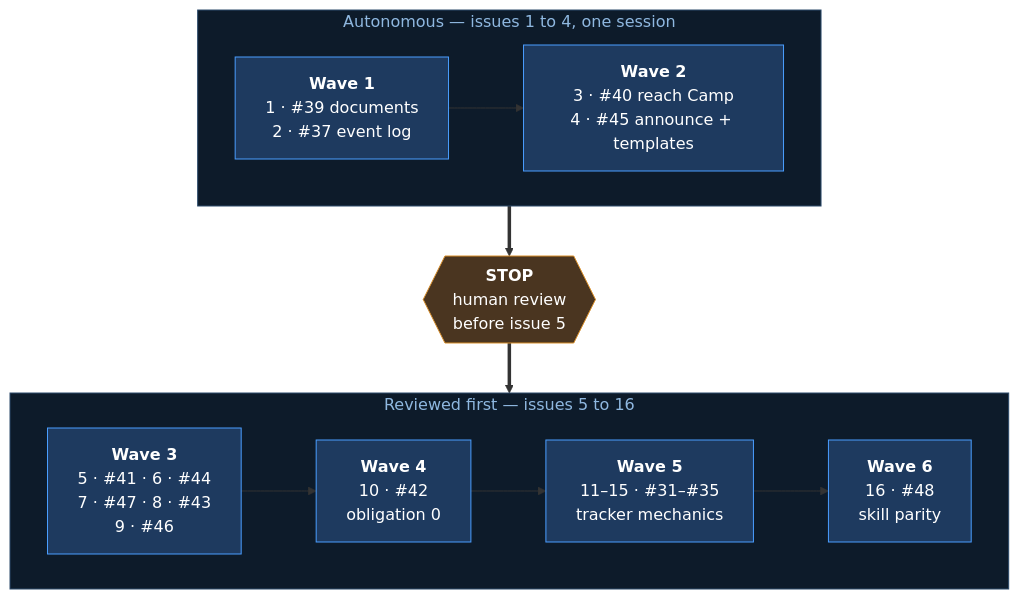
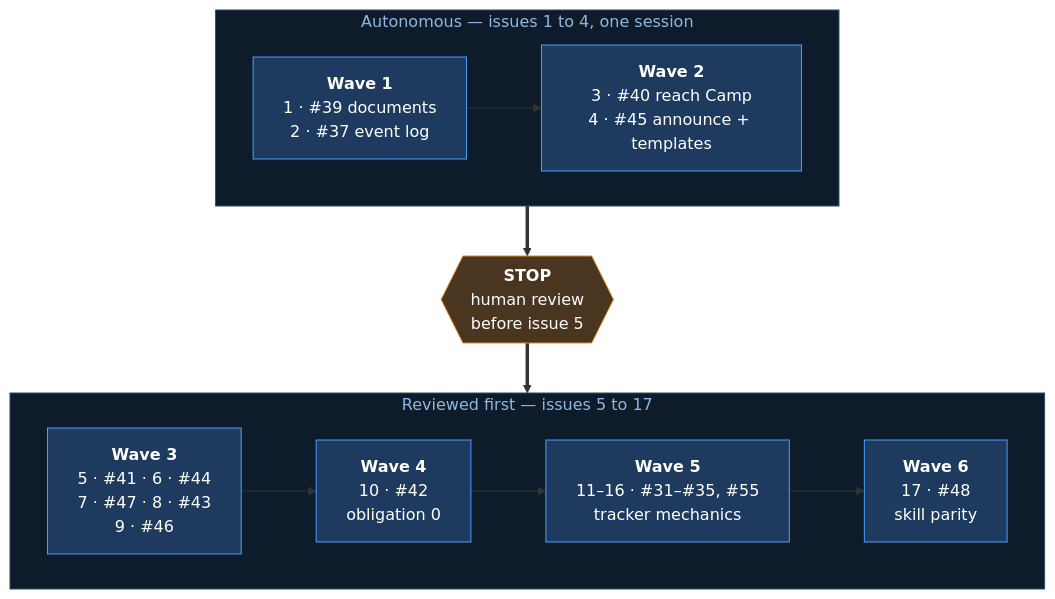
The second of 2 diagrams in docs/arc-log/arc-03-camp.md (Calyx-Engineering/arc), drawn with Mermaid before and after one commit. The commit also changed other lines of this file, not shown here.

First line of the commit message:
docs: schedule #55 into wave 5, spawned mid-arc

````diff
--- a/docs/arc-log/arc-03-camp.md
+++ b/docs/arc-log/arc-03-camp.md
@@ -132,21 +133,21 @@
 ```mermaid
 flowchart TB
     subgraph A[" Autonomous — issues 1 to 4, one session "]
         direction LR
         W1["<b>Wave 1</b><br/>1 · #39 documents<br/>2 · #37 event log"] --> W2["<b>Wave 2</b><br/>3 · #40 reach Camp<br/>4 · #45 announce + templates"]
     end
     A ==> STOP{{"<b>STOP</b><br/>human review<br/>before issue 5"}}
-    subgraph B[" Reviewed first — issues 5 to 16 "]
+    subgraph B[" Reviewed first — issues 5 to 17 "]
         direction LR
         W3["<b>Wave 3</b><br/>5 · #41 · 6 · #44<br/>7 · #47 · 8 · #43<br/>9 · #46"] --> W4["<b>Wave 4</b><br/>10 · #42<br/>obligation 0"]
-        W4 --> W5["<b>Wave 5</b><br/>11–15 · #31–#35<br/>tracker mechanics"]
-        W5 --> W6["<b>Wave 6</b><br/>16 · #48<br/>skill parity"]
+        W4 --> W5["<b>Wave 5</b><br/>11–16 · #31–#35, #55<br/>tracker mechanics"]
+        W5 --> W6["<b>Wave 6</b><br/>17 · #48<br/>skill parity"]
     end
     STOP ==> B
     classDef n fill:#1e3a5f,stroke:#4a9eff,color:#fff
     classDef s fill:#4a3520,stroke:#d98f2b,color:#fff
     class W1,W2,W3,W4,W5,W6 n
     class STOP s
     style A fill:#0d1b2a,stroke:#2c4a6b,color:#8fb8e0
     style B fill:#0d1b2a,stroke:#2c4a6b,color:#8fb8e0
 ```
````
